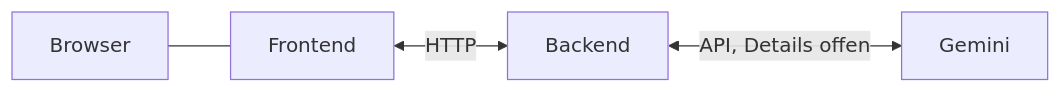
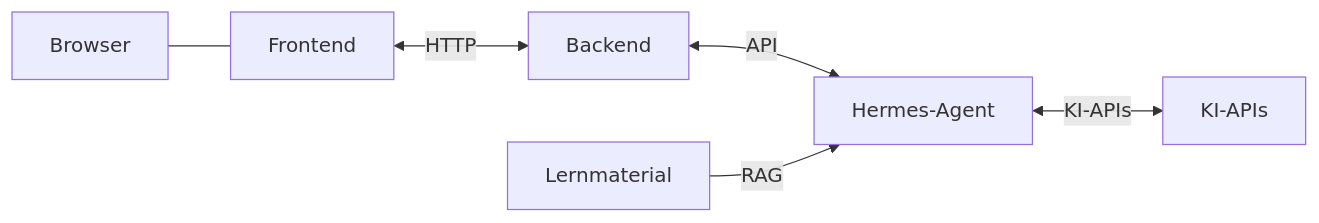
The second of 2 diagrams in doc/architecture/03-kontextabgrenzung.md (jomatotu/learning-in-progress), drawn with Mermaid before and after one commit. The commit also changed other lines of this file, not shown here.

Commit message:
Revise architectural documentation by replacing the C4 context diagram with a flowchart that better represents user interactions and system components. This update clarifies the relationships between learners, learning materials, and the application.

````diff
--- a/doc/architecture/03-kontextabgrenzung.md
+++ b/doc/architecture/03-kontextabgrenzung.md
@@ -29,11 +29,15 @@
 ```mermaid
 flowchart LR
   browser[Browser]
   frontend[Frontend]
   backend[Backend]
-  gemini[Gemini]
+  hermes[Hermes-Agent]
+  ki[KI-APIs]
+  material[Lernmaterial]
 
   browser --- frontend
   frontend <-->|HTTP| backend
-  backend <-->|API, Details offen| gemini
+  backend <-->|API| hermes
+  hermes <-->|KI-APIs| ki
+  material -->|RAG| hermes
 ```
````
